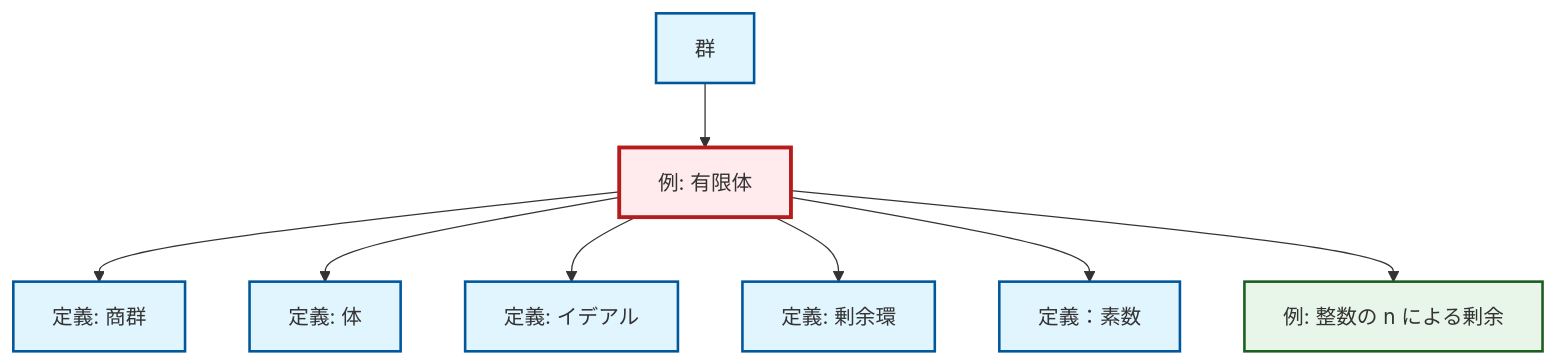
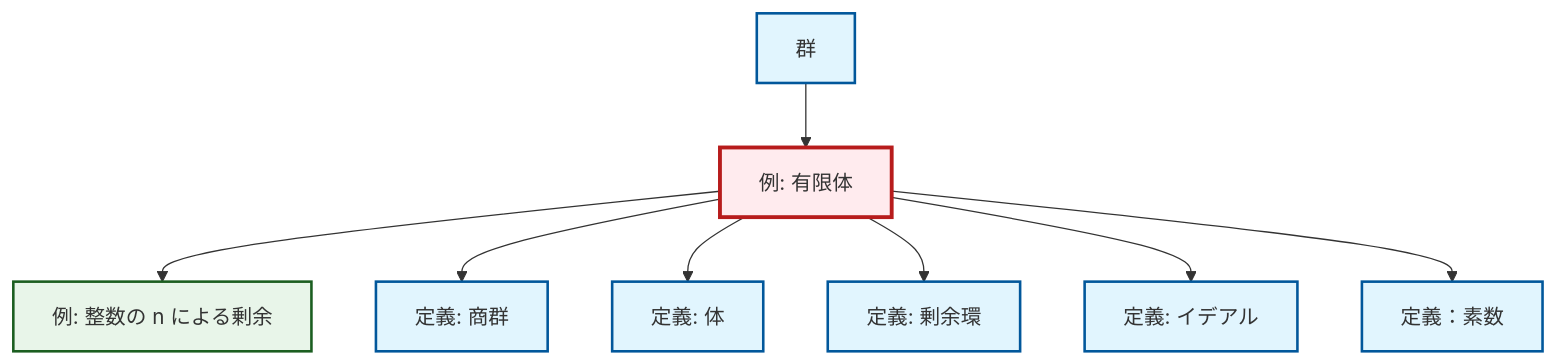
One commit to RK0429/ModernMath changed the diagram in content/ja/algebra/ex-finite-field.qmd. Above: the diagram before and after it, drawn with Mermaid. The commit also changed 672 other files, not shown here.

````diff
--- a/content/ja/algebra/ex-finite-field.qmd
+++ b/content/ja/algebra/ex-finite-field.qmd
@@ -67,32 +67,32 @@
 ```{mermaid}
-%%| fig-cap: "Local dependency graph"
+%%| fig-cap: "ローカル依存関係グラフ"
 graph TD
     classDef definition fill:#e1f5fe,stroke:#01579b,stroke-width:2px
     classDef theorem fill:#f3e5f5,stroke:#4a148c,stroke-width:2px
     classDef axiom fill:#fff3e0,stroke:#e65100,stroke-width:2px
     classDef example fill:#e8f5e9,stroke:#1b5e20,stroke-width:2px
     classDef current fill:#ffebee,stroke:#b71c1c,stroke-width:3px
-    def-field["定義: 体"]:::definition
+    def-quotient-group["定義: 商群"]:::definition
+    ex-quotient-integers-mod-n["例: 整数の n による剰余"]:::example
+    def-quotient-ring["定義: 剰余環"]:::definition
     def-ideal["定義: イデアル"]:::definition
-    ex-finite-field["例: 有限体"]:::example
-    def-quotient-ring["定義: 剰余環"]:::definition
-    def-quotient-group["定義: 商群"]:::definition
     def-prime["定義：素数"]:::definition
     def-group["群"]:::definition
-    ex-quotient-integers-mod-n["例: 整数の n による剰余"]:::example
+    def-field["定義: 体"]:::definition
+    ex-finite-field["例: 有限体"]:::example
+    ex-finite-field --> ex-quotient-integers-mod-n
     ex-finite-field --> def-quotient-group
     def-group --> ex-finite-field
     ex-finite-field --> def-field
+    ex-finite-field --> def-quotient-ring
     ex-finite-field --> def-ideal
-    ex-finite-field --> def-quotient-ring
     ex-finite-field --> def-prime
-    ex-finite-field --> ex-quotient-integers-mod-n
     class ex-finite-field current
-    click def-field "def-field.html" "体の定義へ"
+    click def-quotient-group "def-quotient-group.html" "商群の定義へ"
+    click ex-quotient-integers-mod-n "ex-quotient-integers-mod-n.html" "整数の n による剰余の例へ"
+    click def-quotient-ring "def-quotient-ring.html" "剰余環の定義へ"
     click def-ideal "def-ideal.html" "イデアルの定義へ"
-    click def-quotient-ring "def-quotient-ring.html" "剰余環の定義へ"
-    click def-quotient-group "def-quotient-group.html" "商群の定義へ"
     click def-prime "def-prime.html" "定義：素数へ"
     click def-group "def-group.html" "群へ"
-    click ex-quotient-integers-mod-n "ex-quotient-integers-mod-n.html" "整数の n による剰余の例へ"
+    click def-field "def-field.html" "体の定義へ"
 ```
````
